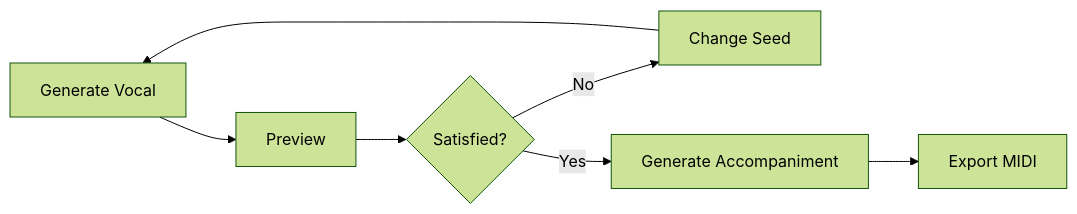
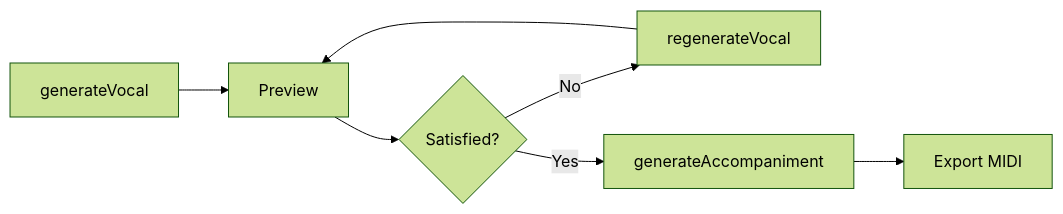
Before and after one commit to libraz/midi-sketch-homepage: the diagram in src/docs/features.md, drawn with Mermaid (forest theme). The commit also changed other lines of this file and 24 other files, not shown here.

````diff
--- a/src/docs/features.md
+++ b/src/docs/features.md
@@ -209,9 +290,9 @@
 ```mermaid
 flowchart LR
-    A[Generate Vocal] --> B[Preview]
+    A[generateVocal] --> B[Preview]
     B --> C{Satisfied?}
-    C -->|No| D[Change Seed]
-    D --> A
-    C -->|Yes| E[Generate Accompaniment]
+    C -->|No| D[regenerateVocal]
+    D --> B
+    C -->|Yes| E[generateAccompaniment]
     E --> F[Export MIDI]
 ```
````
